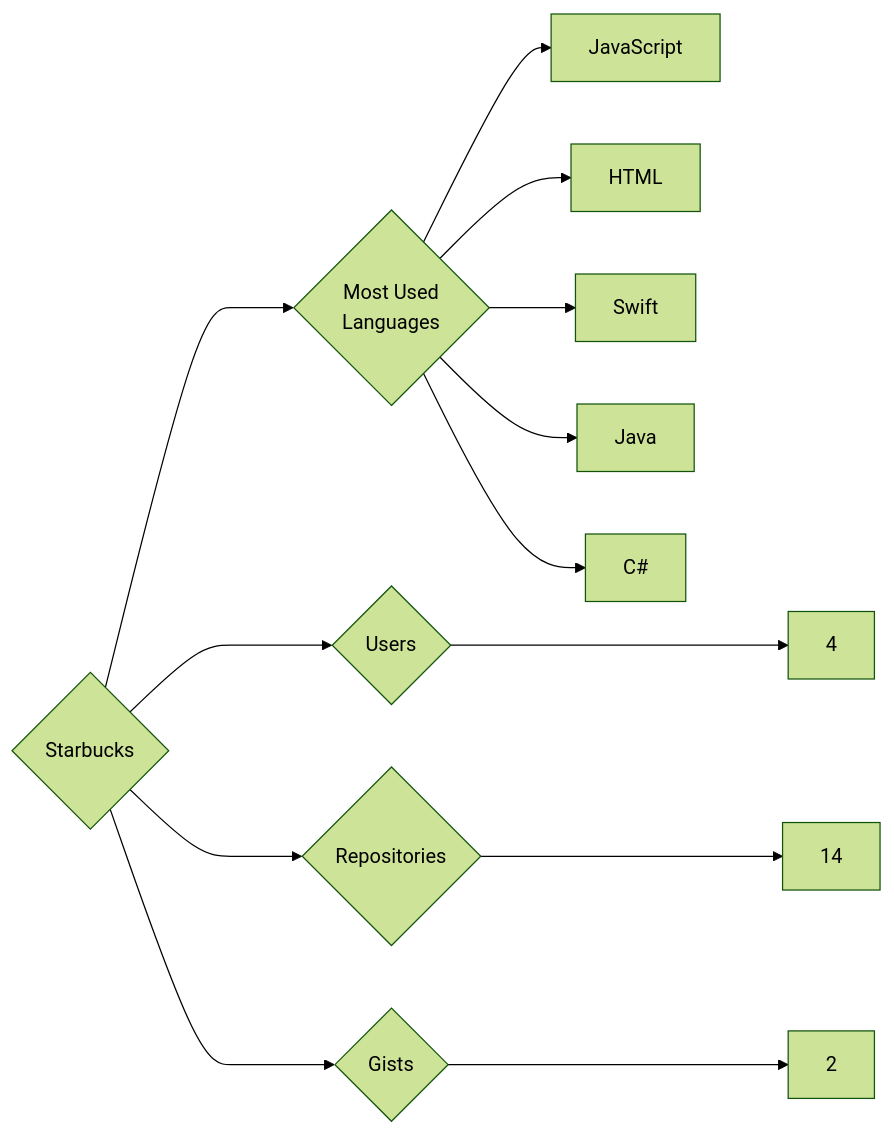
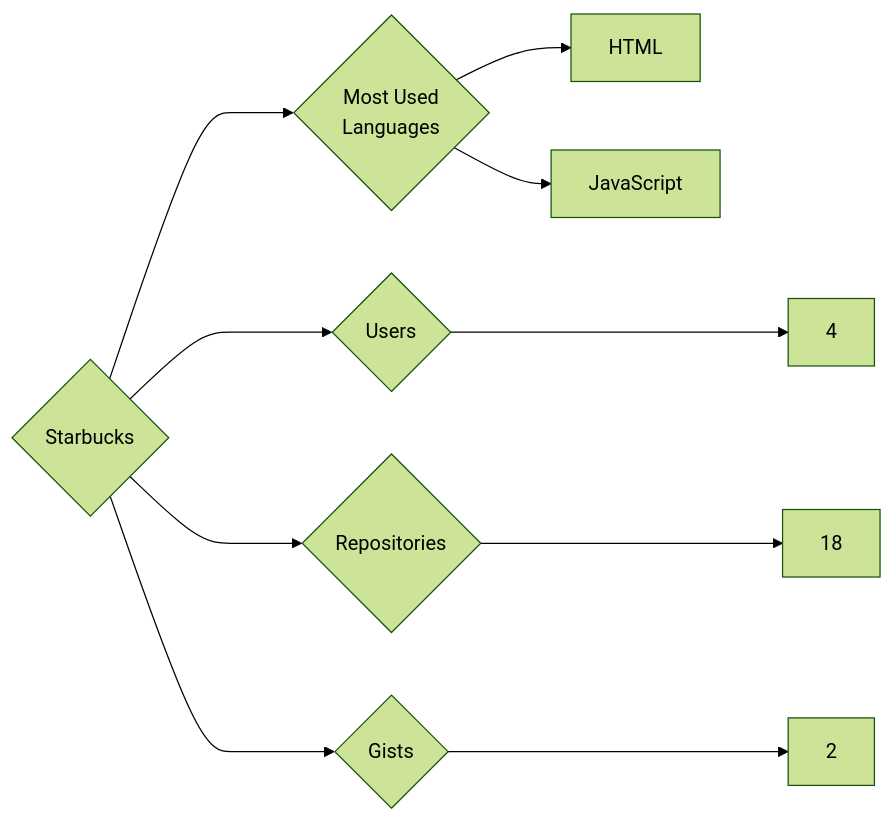
One commit to trickest/insiders changed the diagram in targets/Starbucks/README.md. Above: the diagram before and after it, drawn with Mermaid (forest theme). The commit also changed 1484 other files, not shown here.

````diff
--- a/targets/Starbucks/README.md
+++ b/targets/Starbucks/README.md
@@ -3,13 +3,10 @@
 ```mermaid
 graph LR
 COMPANY_NAME{Starbucks}
 COMPANY_NAME ---> U{Users} ---> UN[4]
-COMPANY_NAME ---> R{Repositories} ---> RN[14]
+COMPANY_NAME ---> R{Repositories} ---> RN[18]
 COMPANY_NAME ---> G{Gists} ---> GN[2]
 COMPANY_NAME ---> ML{Most Used<br>Languages}
+ML --> HTML[HTML]
 ML --> JavaScript[JavaScript]
-ML --> HTML[HTML]
-ML --> Swift[Swift]
-ML --> Java[Java]
-ML --> C#[C#]
 ```
````
